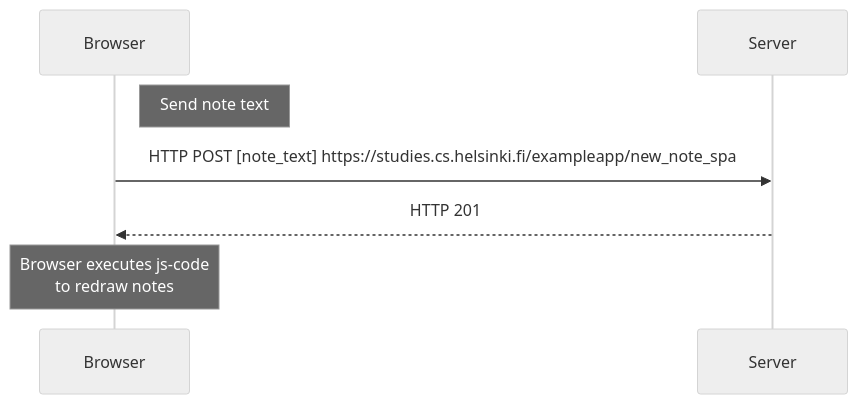
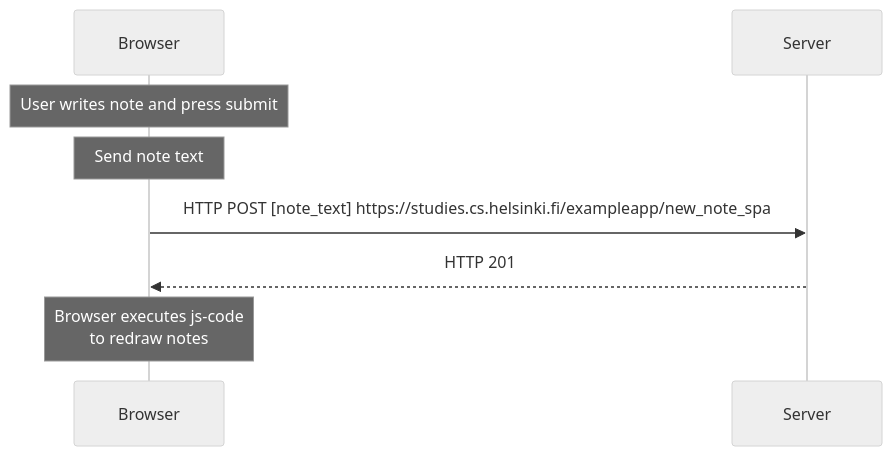
Before and after one commit to sumalemambo/fullstackopen: the third of 3 diagrams in part0/exercices.md, drawn with Mermaid (neutral theme). The commit also changed other lines of this file, not shown here.

Commit message:
Added diagram comments

````diff
--- a/part0/exercices.md
+++ b/part0/exercices.md
@@ -33,7 +34,8 @@
 ```mermaid
 sequenceDiagram
-Note right of Browser: Send note text
+Note over Browser: User writes note and press submit
+Note over Browser: Send note text
 Browser->>Server: HTTP POST [note_text] https://studies.cs.helsinki.fi/exampleapp/new_note_spa
 Server-->>Browser: HTTP 201
 Note over Browser: Browser executes js-code <br/> to redraw notes
 ```
````
